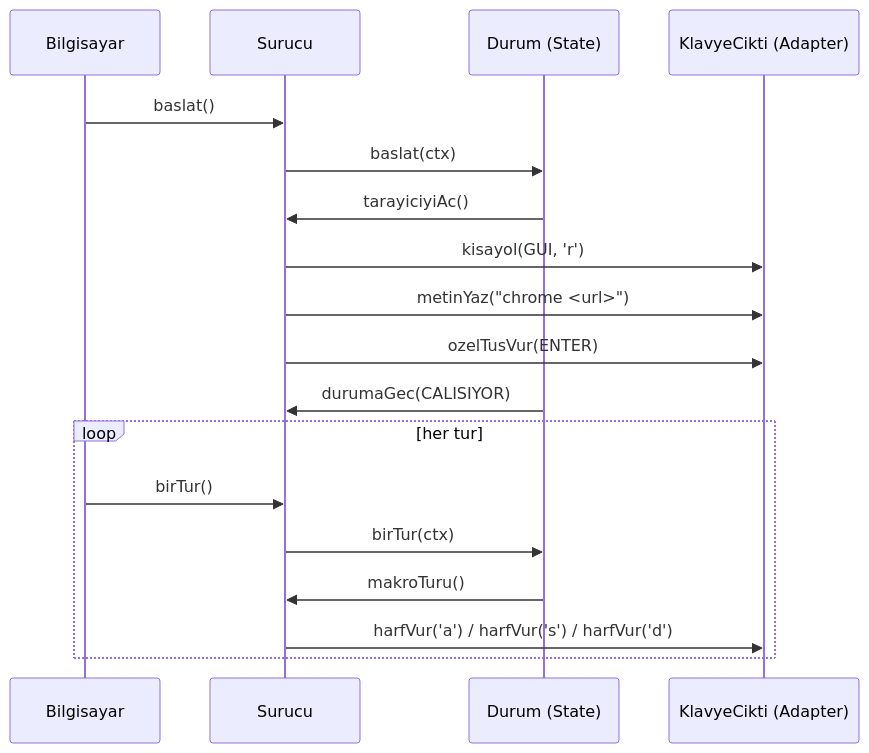
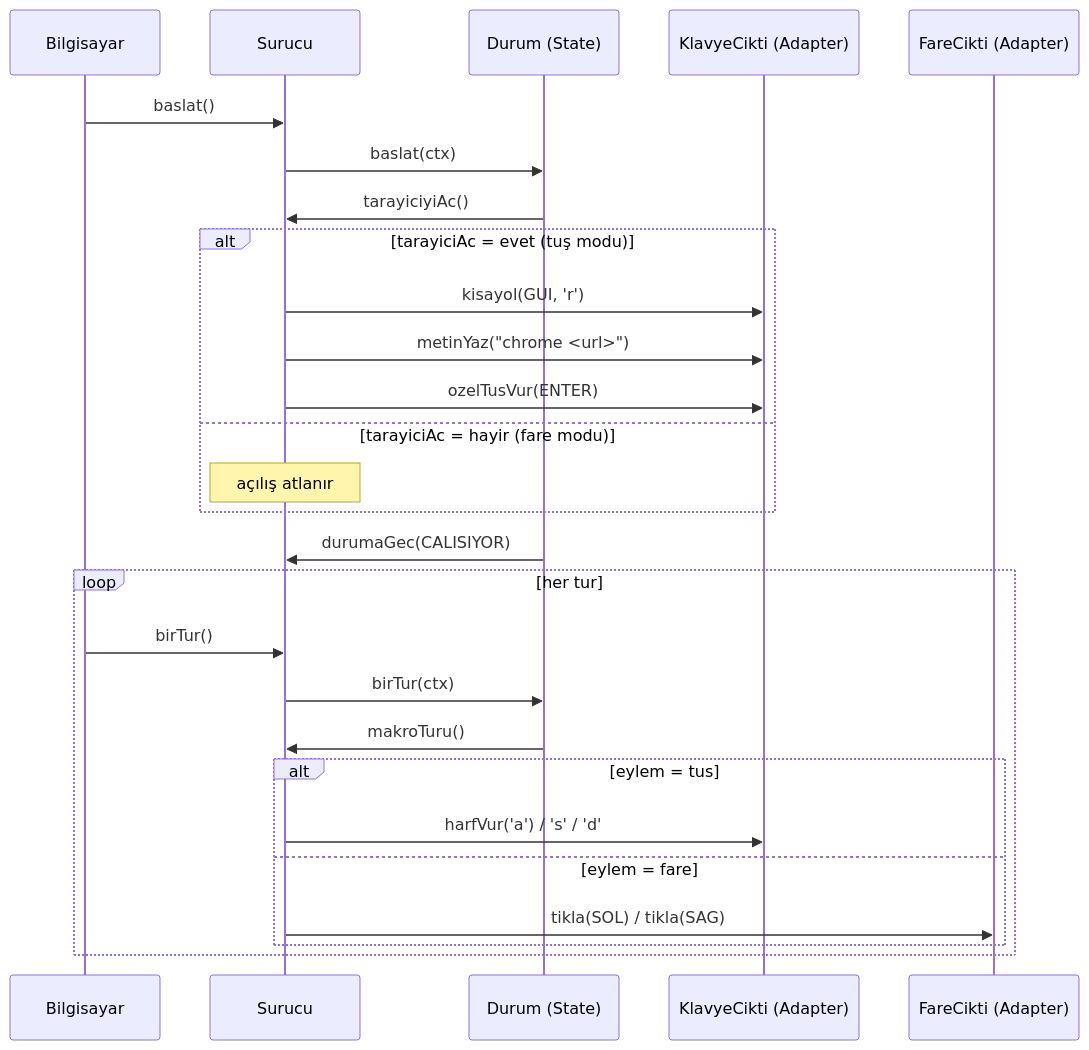
The fourth of 4 diagrams in odev2-usb-klavye/belgeler/tasarim.md (Baki-B/YZM327-Odevler), drawn with Mermaid before and after one commit. The commit also changed other lines of this file and 23 other files, not shown here.

````diff
--- a/odev2-usb-klavye/belgeler/tasarim.md
+++ b/odev2-usb-klavye/belgeler/tasarim.md
@@ -131,20 +151,29 @@
 ```mermaid
 sequenceDiagram
     participant PC as Bilgisayar
     participant S as Surucu
     participant St as Durum (State)
-    participant O as KlavyeCikti (Adapter)
+    participant K as KlavyeCikti (Adapter)
+    participant F as FareCikti (Adapter)
     PC->>S: baslat()
     S->>St: baslat(ctx)
     St->>S: tarayiciyiAc()
-    S->>O: kisayol(GUI, 'r')
-    S->>O: metinYaz("chrome <url>")
-    S->>O: ozelTusVur(ENTER)
+    alt tarayiciAc = evet (tuş modu)
+        S->>K: kisayol(GUI, 'r')
+        S->>K: metinYaz("chrome <url>")
+        S->>K: ozelTusVur(ENTER)
+    else tarayiciAc = hayir (fare modu)
+        Note over S: açılış atlanır
+    end
     St->>S: durumaGec(CALISIYOR)
     loop her tur
         PC->>S: birTur()
         S->>St: birTur(ctx)
         St->>S: makroTuru()
-        S->>O: harfVur('a') / harfVur('s') / harfVur('d')
+        alt eylem = tus
+            S->>K: harfVur('a') / 's' / 'd'
+        else eylem = fare
+            S->>F: tikla(SOL) / tikla(SAG)
+        end
     end
 ```
````
